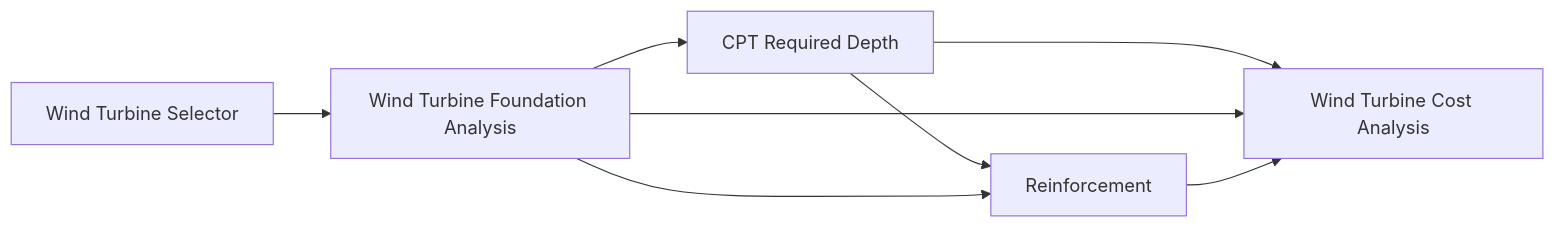
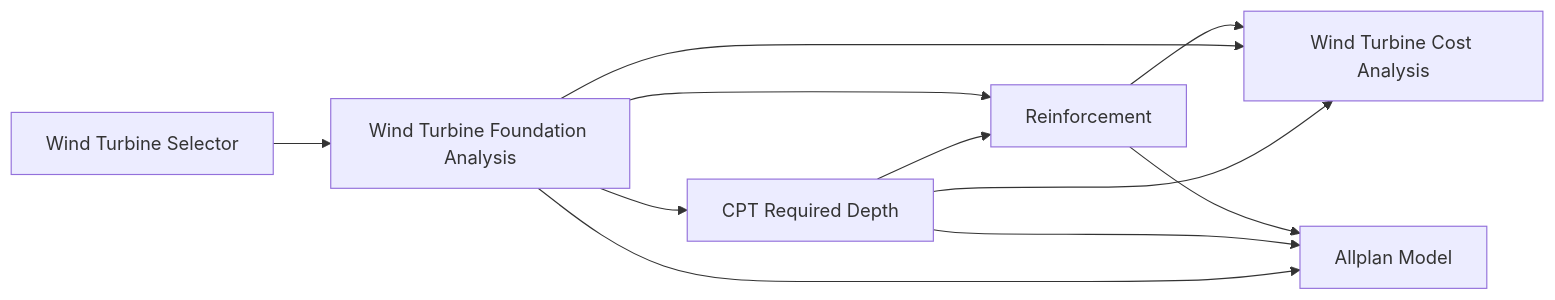
The diagram in convert-app-params-to-schema/wind_turbine_workflow.md (AlejoDuarte23/nemetschek-agentic-demo), drawn with Mermaid before and after one commit. The commit also changed other lines of this file and 25 other files, not shown here.

Commit message:
feat: add allplan model workflow

````diff
--- a/convert-app-params-to-schema/wind_turbine_workflow.md
+++ b/convert-app-params-to-schema/wind_turbine_workflow.md
@@ -5,16 +5,20 @@
 ```mermaid
 flowchart LR
   selector["Wind Turbine Selector"]
   cpt["CPT Required Depth"]
   foundation["Wind Turbine Foundation Analysis"]
   reinforcement["Reinforcement"]
   cost["Wind Turbine Cost Analysis"]
+  allplan["Allplan Model"]
 
   selector --> foundation
   foundation --> cpt
   cpt --> reinforcement
   foundation --> reinforcement
   cpt --> cost
   foundation --> cost
   reinforcement --> cost
+  foundation --> allplan
+  cpt --> allplan
+  reinforcement --> allplan
 ```
````
